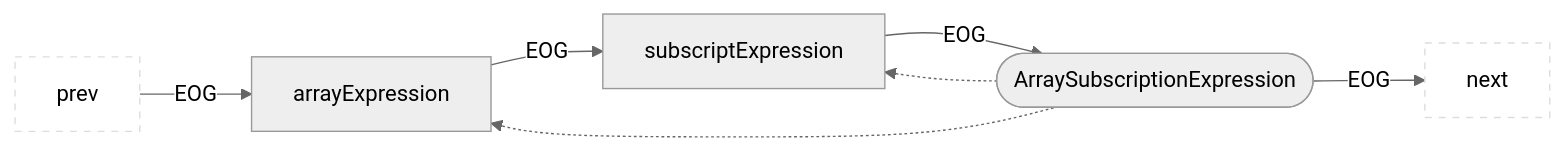
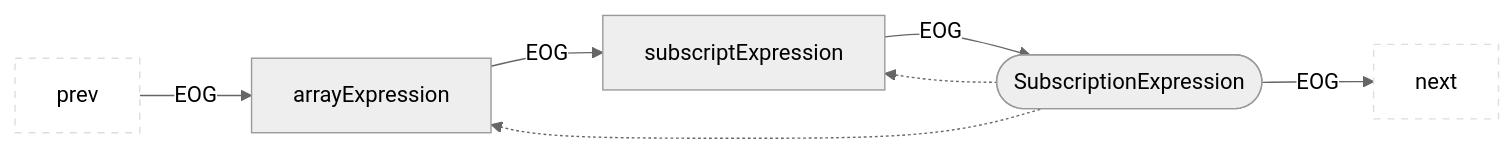
One commit to Fraunhofer-AISEC/cpg changed the eighth of 40 diagrams in docs/docs/CPG/specs/eog.md. Above: the diagram before and after it, drawn with Mermaid (neutral theme). The commit also changed other lines of this file and 27 other files, not shown here.

````diff
--- a/docs/docs/CPG/specs/eog.md
+++ b/docs/docs/CPG/specs/eog.md
@@ -180,10 +180,10 @@
 ```mermaid
 flowchart LR
   classDef outer fill:#fff,stroke:#ddd,stroke-dasharray:5 5;
   prev:::outer --EOG--> child
   child --EOG--> child2["subscriptExpression"]
-  parent(["ArraySubscriptionExpression"]) --EOG--> next:::outer
+  parent(["SubscriptionExpression"]) --EOG--> next:::outer
   parent -.-> child["arrayExpression"]
   parent -.-> child2
   child2 --EOG--> parent
 ```
````
